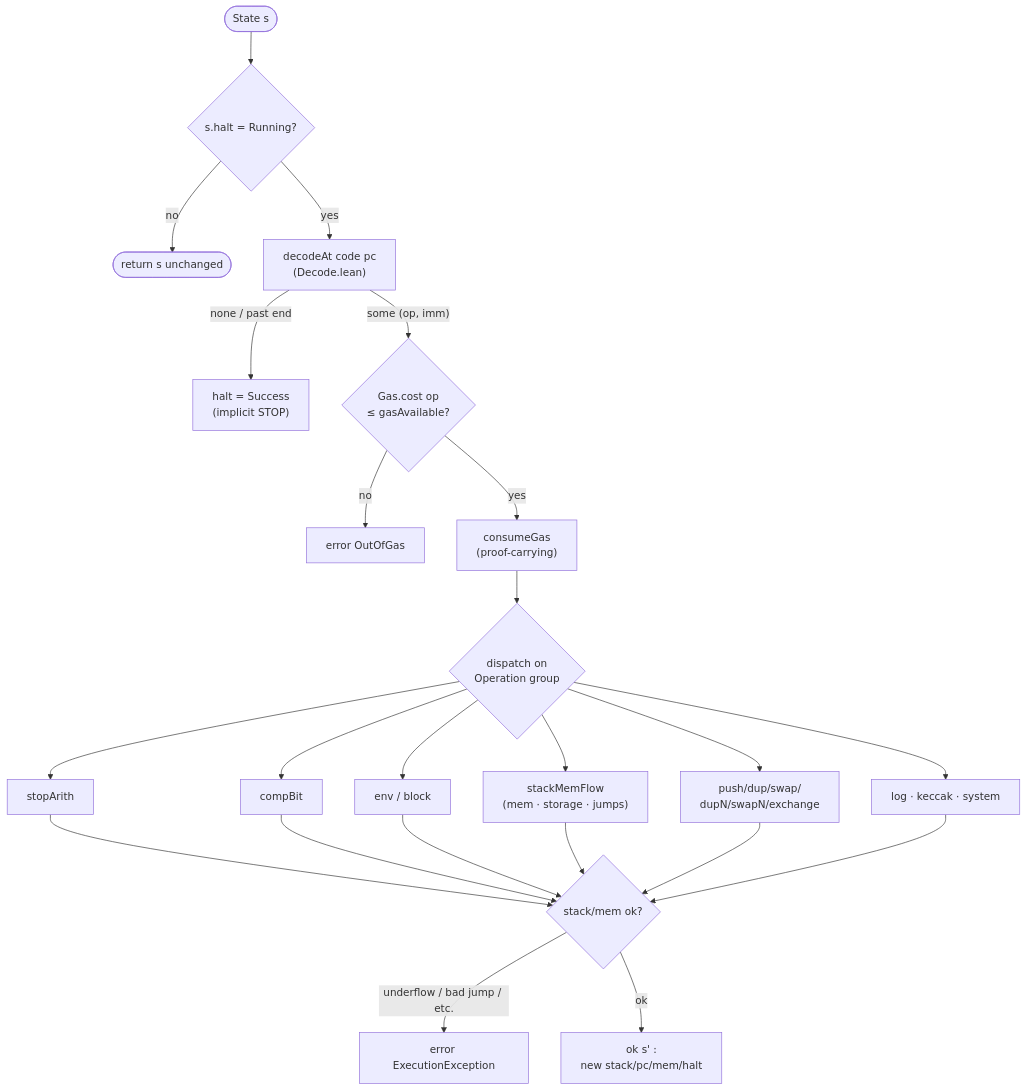
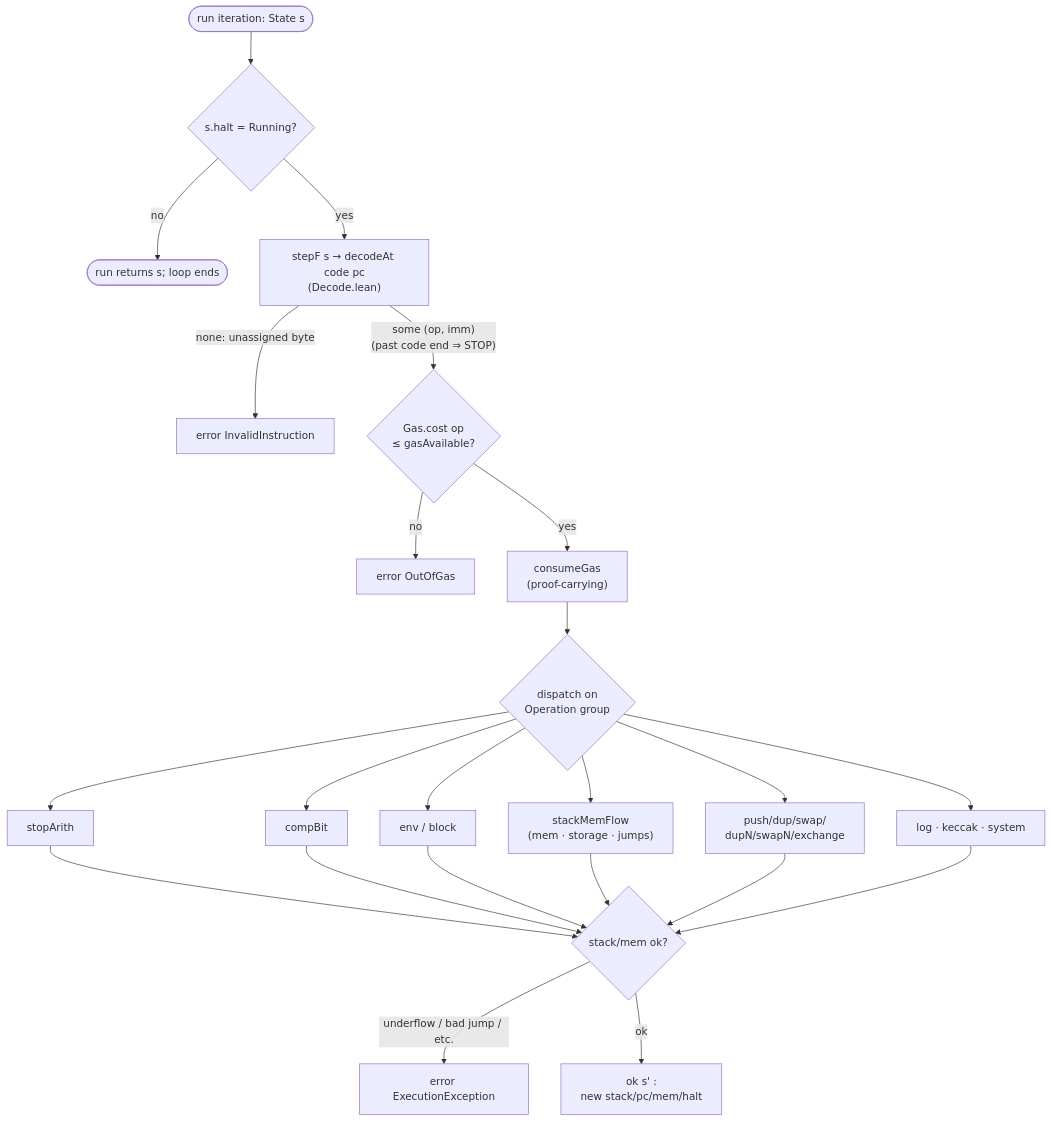
One commit to powdr-labs/evm-semantics changed the second of 3 diagrams in ARCHITECTURE.md. Above: the diagram before and after it, drawn with Mermaid. The commit also changed other lines of this file and 6 other files, not shown here.

````diff
--- a/ARCHITECTURE.md
+++ b/ARCHITECTURE.md
@@ -163,20 +170,20 @@
 ```mermaid
 flowchart TD
-    Start([State s]) --> Halt{s.halt = Running?}
-    Halt -->|no| Done([return s unchanged])
-    Halt -->|yes| Dec["decodeAt code pc<br/>(Decode.lean)"]
-    Dec -->|none / past end| Stop["halt = Success<br/>(implicit STOP)"]
-    Dec -->|"some (op, imm)"| GasChk{"Gas.cost op<br/>≤ gasAvailable?"}
+    Start([run iteration: State s]) --> Halt{s.halt = Running?}
+    Halt -->|no| Done([run returns s; loop ends])
+    Halt -->|yes| Dec["stepF s → decodeAt code pc<br/>(Decode.lean)"]
+    Dec -->|"none: unassigned byte"| Invalid["error InvalidInstruction"]
+    Dec -->|"some (op, imm)<br/>(past code end ⇒ STOP)"| GasChk{"Gas.cost op<br/>≤ gasAvailable?"}
     GasChk -->|no| OOG["error OutOfGas"]
     GasChk -->|yes| Consume["consumeGas<br/>(proof-carrying)"]
     Consume --> Dispatch{"dispatch on<br/>Operation group"}
     Dispatch --> H1["stopArith"]
     Dispatch --> H2["compBit"]
     Dispatch --> H3["env / block"]
     Dispatch --> H4["stackMemFlow<br/>(mem · storage · jumps)"]
     Dispatch --> H5["push/dup/swap/<br/>dupN/swapN/exchange"]
     Dispatch --> H6["log · keccak · system"]
     H1 & H2 & H3 & H4 & H5 & H6 --> Outcome{stack/mem ok?}
     Outcome -->|underflow / bad jump / etc.| Err["error ExecutionException"]
     Outcome -->|ok| Next["ok s' :<br/>new stack/pc/mem/halt"]
 ```
````
